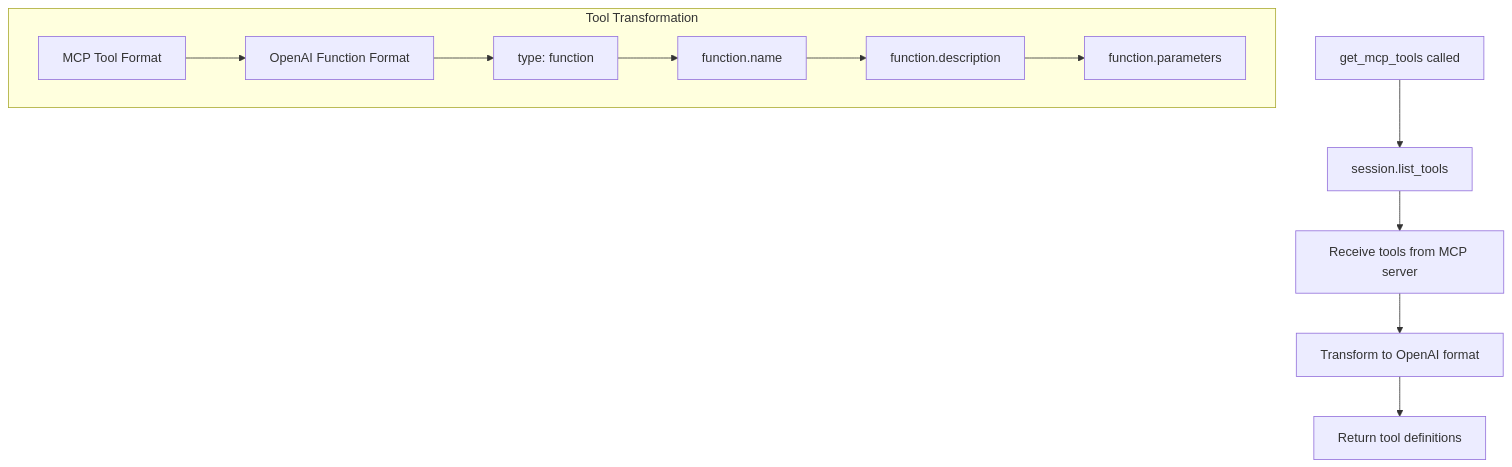
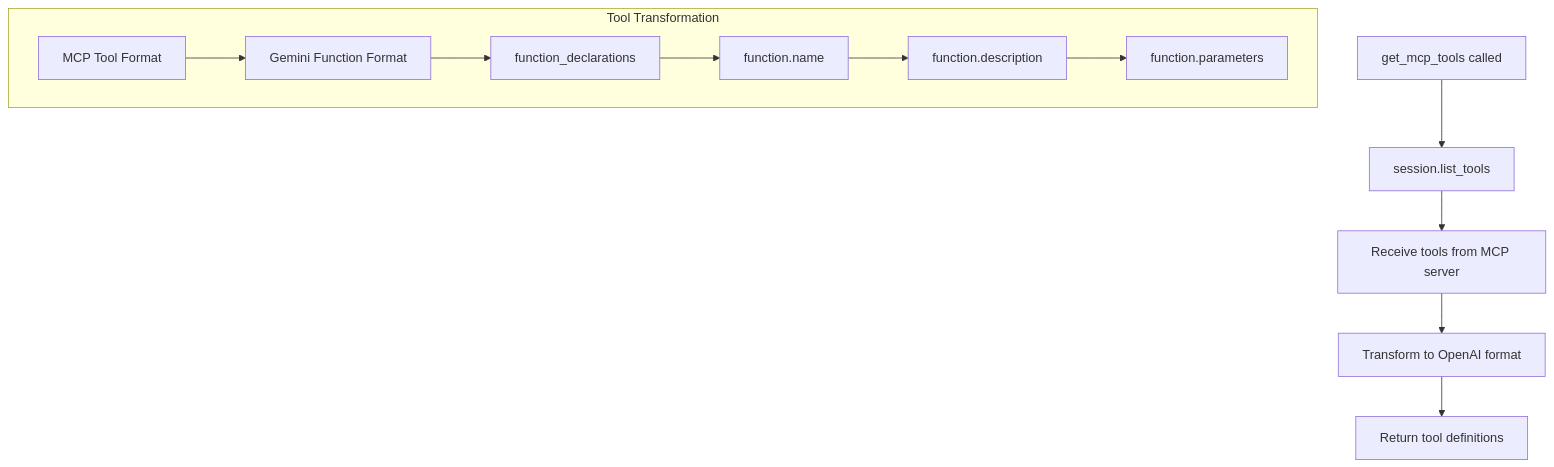
The second of 4 diagrams in openAI-integration/control_flow.md (PacifistaPx0/MCP-Server), drawn with Mermaid before and after one commit. The commit also changed other lines of this file, not shown here.

````diff
--- a/openAI-integration/control_flow.md
+++ b/openAI-integration/control_flow.md
@@ -108,15 +115,15 @@
 ```mermaid
 graph TD
     A[get_mcp_tools called] --> B[session.list_tools]
     B --> C[Receive tools from MCP server]
     C --> D[Transform to OpenAI format]
     D --> E[Return tool definitions]
     
     subgraph "Tool Transformation"
-        F[MCP Tool Format] --> G[OpenAI Function Format]
-        G --> H["type: function"]
+        F[MCP Tool Format] --> G[Gemini Function Format]
+        G --> H["function_declarations"]
         H --> I["function.name"]
         I --> J["function.description"] 
         J --> K["function.parameters"]
     end
 ```
````
